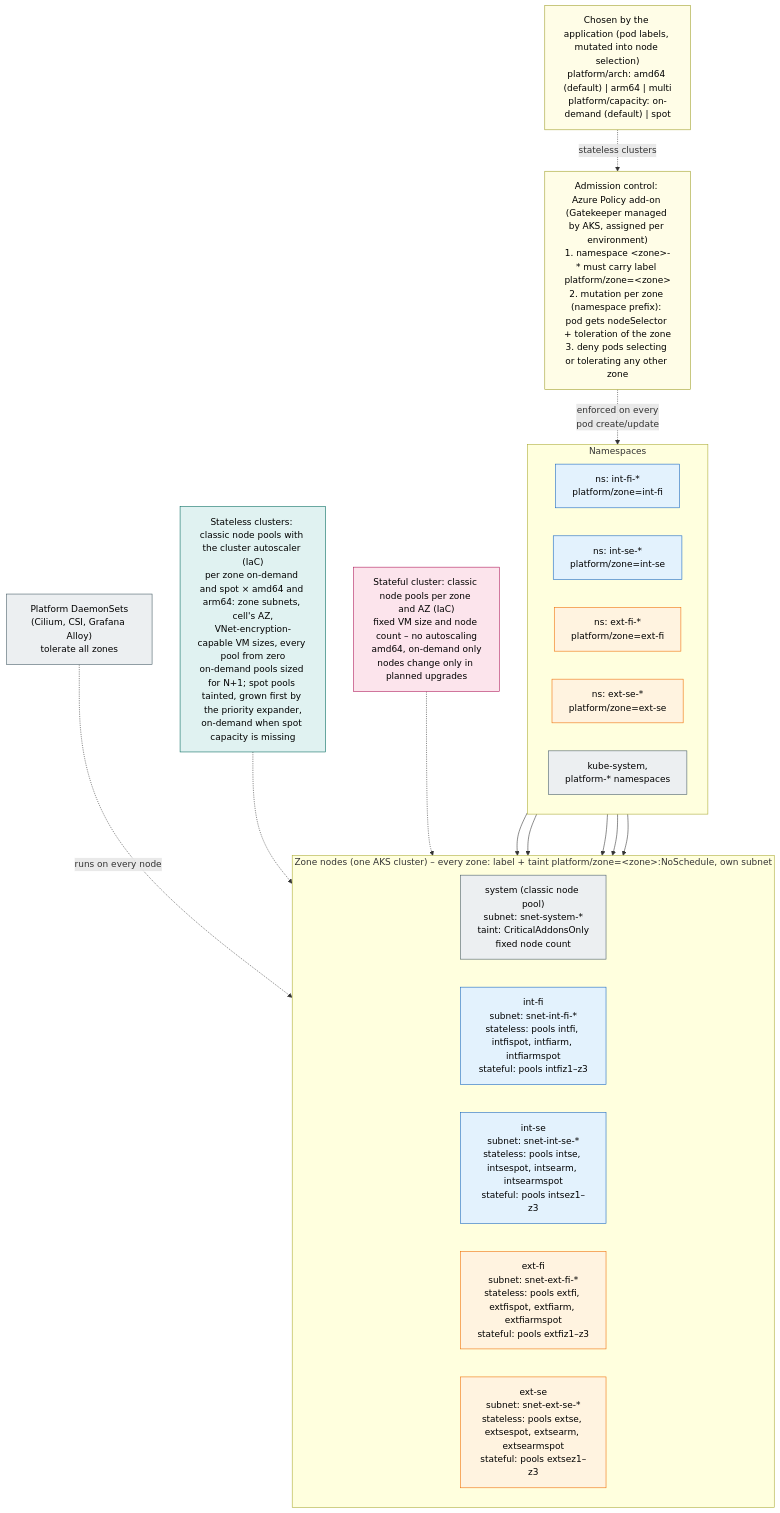
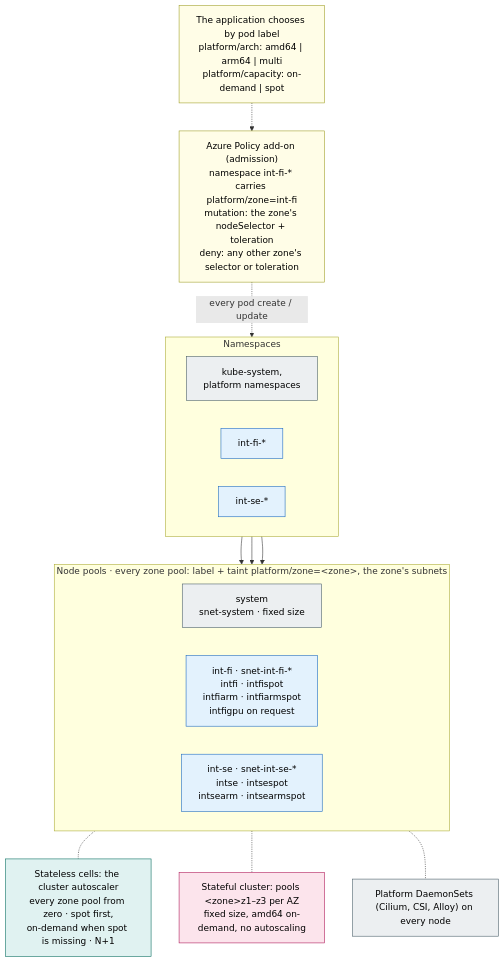
One commit to onek8s/onek8s.github.io changed the diagram in diagrams/2.3-node-pools.mmd. Above: the diagram before and after it, drawn with Mermaid. The commit also changed 69 other files, not shown here.

```diff
--- a/diagrams/2.3-node-pools.mmd
+++ b/diagrams/2.3-node-pools.mmd
@@ -1,52 +1,43 @@
-%% Nodes per zone: scheduling isolation with labels, taints and admission control.
-%% Stateless clusters scale their zone pools with the cluster autoscaler; the stateful cluster uses fixed-size node pools.
+%% Nodes per zone in one internal cell: labels, taints and admission keep a zone's pods on the zone's own nodes.
+%% Stateless cells scale their zone pools with the cluster autoscaler from zero; the stateful cluster uses fixed pools.
 flowchart TB
-    adm["Admission control: Azure Policy add-on (Gatekeeper managed by AKS, assigned per environment)<br/>1. namespace &lt;zone&gt;-* must carry label platform/zone=&lt;zone&gt;<br/>2. mutation per zone (namespace prefix): pod gets nodeSelector + toleration of the zone<br/>3. deny pods selecting or tolerating any other zone"]
+    choice["The application chooses by pod label<br/>platform/arch: amd64 | arm64 | multi<br/>platform/capacity: on-demand | spot"]
+    adm["Azure Policy add-on (admission)<br/>namespace int-fi-* carries platform/zone=int-fi<br/>mutation: the zone's nodeSelector + toleration<br/>deny: any other zone's selector or toleration"]
 
     subgraph NS["Namespaces"]
         direction LR
-        ns_ifi["ns: int-fi-*<br/>platform/zone=int-fi"]
-        ns_ise["ns: int-se-*<br/>platform/zone=int-se"]
-        ns_efi["ns: ext-fi-*<br/>platform/zone=ext-fi"]
-        ns_ese["ns: ext-se-*<br/>platform/zone=ext-se"]
-        ns_sys["kube-system,<br/>platform-* namespaces"]
+        ns_sys["kube-system,<br/>platform namespaces"]
+        ns_ifi["int-fi-*"]
+        ns_ise["int-se-*"]
     end
 
-    subgraph POOLS["Zone nodes (one AKS cluster) – every zone: label + taint platform/zone=&lt;zone&gt;:NoSchedule, own subnet"]
+    subgraph POOLS["Node pools · every zone pool: label + taint platform/zone=&lt;zone&gt;, the zone's subnets"]
         direction LR
-        p_sys["system (classic node pool)<br/>subnet: snet-system-*<br/>taint: CriticalAddonsOnly<br/>fixed node count"]
-        p_ifi["int-fi<br/>subnet: snet-int-fi-*<br/>stateless: pools intfi, intfispot, intfiarm, intfiarmspot<br/>stateful: pools intfiz1–z3"]
-        p_ise["int-se<br/>subnet: snet-int-se-*<br/>stateless: pools intse, intsespot, intsearm, intsearmspot<br/>stateful: pools intsez1–z3"]
-        p_efi["ext-fi<br/>subnet: snet-ext-fi-*<br/>stateless: pools extfi, extfispot, extfiarm, extfiarmspot<br/>stateful: pools extfiz1–z3"]
-        p_ese["ext-se<br/>subnet: snet-ext-se-*<br/>stateless: pools extse, extsespot, extsearm, extsearmspot<br/>stateful: pools extsez1–z3"]
+        p_sys["system<br/>snet-system · fixed size"]
+        p_ifi["int-fi · snet-int-fi-*<br/>intfi · intfispot<br/>intfiarm · intfiarmspot<br/>intfigpu on request"]
+        p_ise["int-se · snet-int-se-*<br/>intse · intsespot<br/>intsearm · intsearmspot"]
     end
 
-    adm -.->|"enforced on every<br/>pod create/update"| NS
+    csa["Stateless cells: the cluster autoscaler<br/>every zone pool from zero · spot first,<br/>on-demand when spot is missing · N+1"]
+    fix["Stateful cluster: pools &lt;zone&gt;z1–z3 per AZ<br/>fixed size, amd64 on-demand, no autoscaling"]
+    ds["Platform DaemonSets (Cilium, CSI, Alloy) on every node"]
+
+    choice -.-> adm
+    adm -.->|"every pod create / update"| NS
     ns_sys --> p_sys
     ns_ifi --> p_ifi
     ns_ise --> p_ise
-    ns_efi --> p_efi
-    ns_ese --> p_ese
-
-    ds["Platform DaemonSets<br/>(Cilium, CSI, Grafana Alloy)<br/>tolerate all zones"]
-    ds -.->|"runs on every node"| POOLS
-
-    csa["Stateless clusters: classic node pools with the cluster autoscaler (IaC)<br/>per zone on-demand and spot × amd64 and arm64: zone subnets, cell's AZ,<br/>VNet-encryption-capable VM sizes, every pool from zero<br/>on-demand pools sized for N+1; spot pools tainted, grown first by the priority expander,<br/>on-demand when spot capacity is missing"]
-    choice["Chosen by the application (pod labels, mutated into node selection)<br/>platform/arch: amd64 (default) | arm64 | multi<br/>platform/capacity: on-demand (default) | spot"]
-    choice -.->|"stateless clusters"| adm
-    fix["Stateful cluster: classic node pools per zone and AZ (IaC)<br/>fixed VM size and node count – no autoscaling<br/>amd64, on-demand only<br/>nodes change only in planned upgrades"]
-    csa -.-> POOLS
-    fix -.-> POOLS
+    POOLS -.- csa
+    POOLS -.- fix
+    POOLS -.- ds
 
     classDef cp fill:#eceff1,stroke:#455a64,color:#000
     classDef int fill:#e3f2fd,stroke:#1565c0,color:#000
-    classDef ext fill:#fff3e0,stroke:#ef6c00,color:#000
     classDef note fill:#fffde7,stroke:#9e9d24,color:#000
     classDef sl fill:#e0f2f1,stroke:#00695c,color:#000
     classDef sf fill:#fce4ec,stroke:#ad1457,color:#000
     class p_sys,ns_sys,ds cp
     class p_ifi,p_ise,ns_ifi,ns_ise int
-    class p_efi,p_ese,ns_efi,ns_ese ext
     class adm,choice note
     class csa sl
     class fix sf
```
